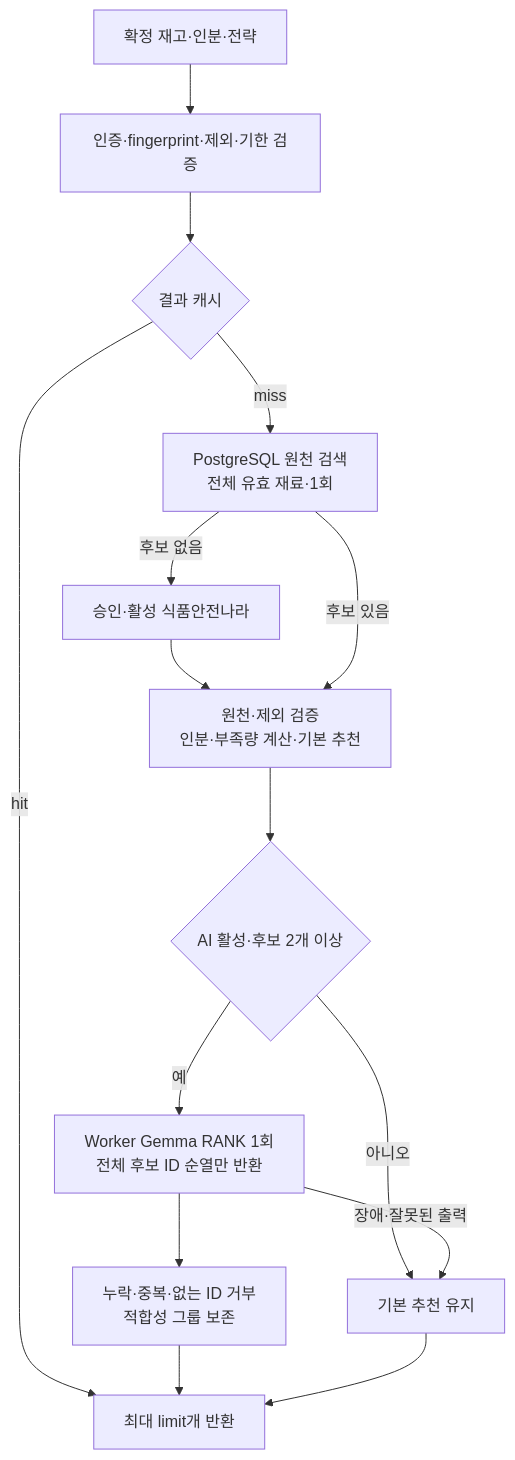
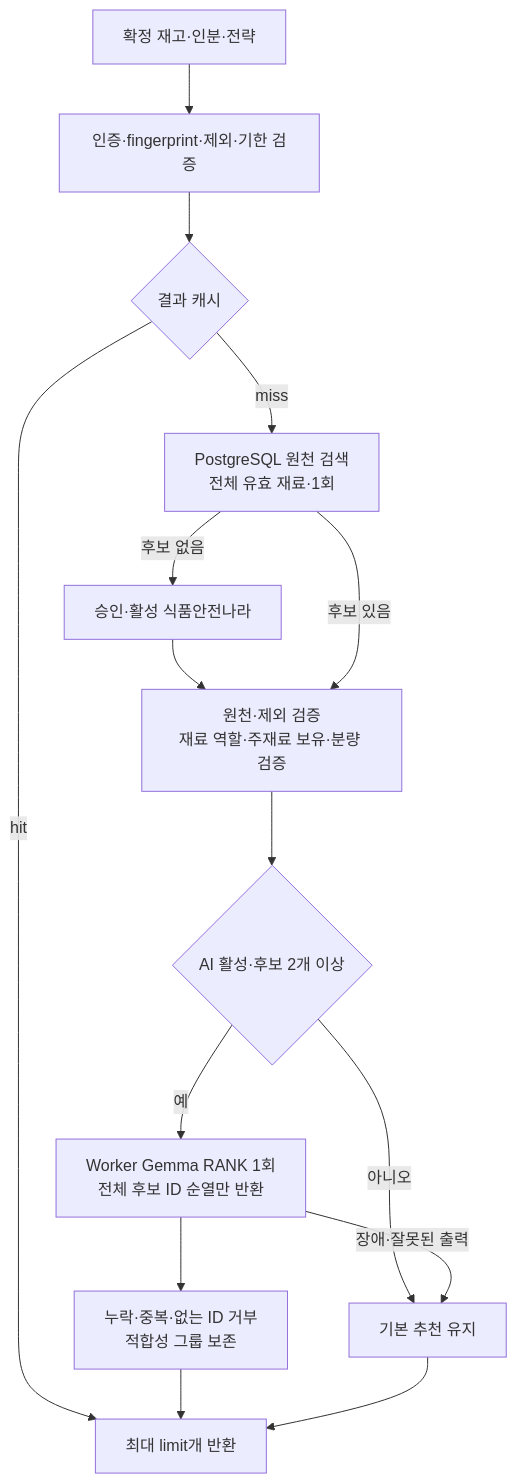
The diagram in fastapi/docs/recipe_ai_recommendations.md (100-hours-a-week/KTB4-5th-AI), drawn with Mermaid before and after one commit. The commit also changed other lines of this file and 10 other files, not shown here.

````diff
--- a/fastapi/docs/recipe_ai_recommendations.md
+++ b/fastapi/docs/recipe_ai_recommendations.md
@@ -7,17 +7,17 @@
 ```mermaid
 flowchart TD
     BE[확정 재고·인분·전략] --> V[인증·fingerprint·제외·기한 검증]
     V --> C{결과 캐시}
     C -- hit --> OUT[최대 limit개 반환]
     C -- miss --> DB[PostgreSQL 원천 검색<br/>전체 유효 재료·1회]
     DB -- 후보 없음 --> SOURCE[승인·활성 식품안전나라]
-    SOURCE --> Q[원천·제외 검증<br/>인분·부족량 계산·기본 추천]
+    SOURCE --> Q[원천·제외 검증<br/>재료 역할·주재료 보유·분량 검증]
     DB -- 후보 있음 --> Q
     Q --> NEED{AI 활성·후보 2개 이상}
     NEED -- 아니오 --> BASE[기본 추천 유지]
     NEED -- 예 --> A[Worker Gemma RANK 1회<br/>전체 후보 ID 순열만 반환]
     A --> CHECK[누락·중복·없는 ID 거부<br/>적합성 그룹 보존]
     A -- 장애·잘못된 출력 --> BASE
     CHECK --> OUT
     BASE --> OUT
 ```
````
